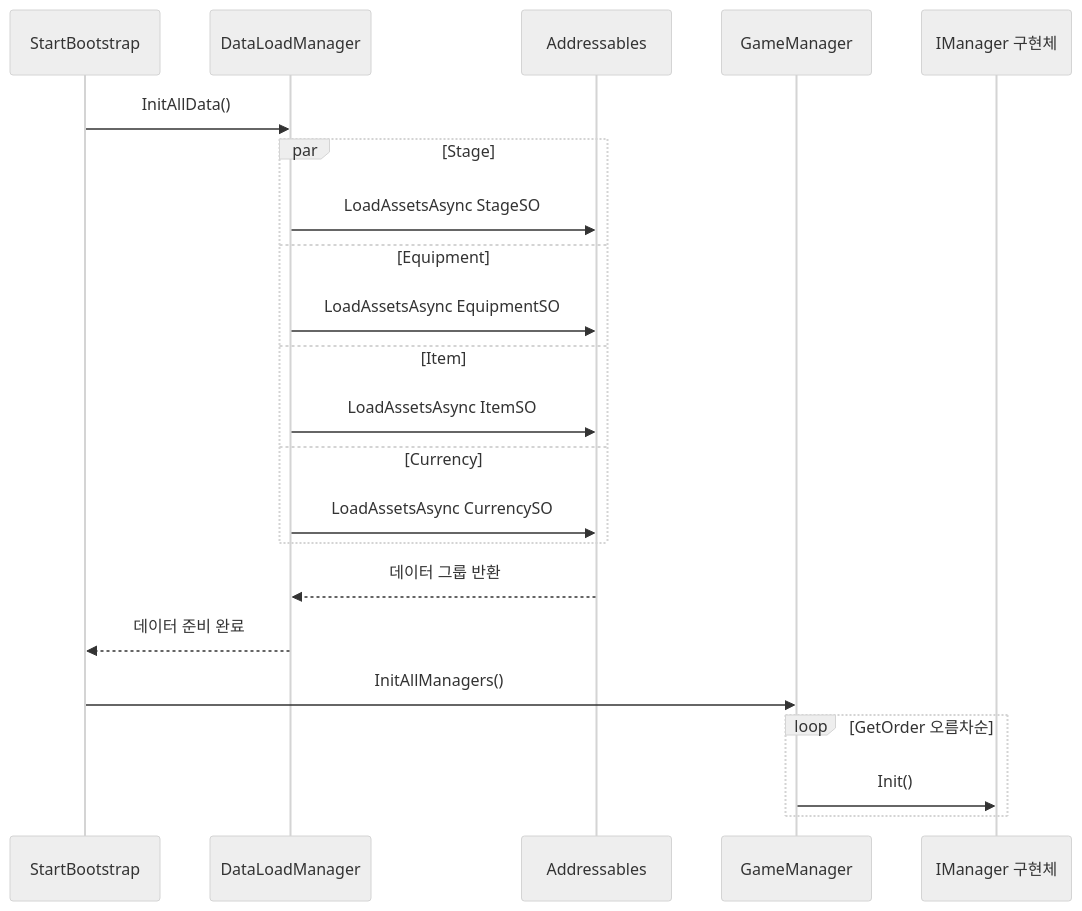
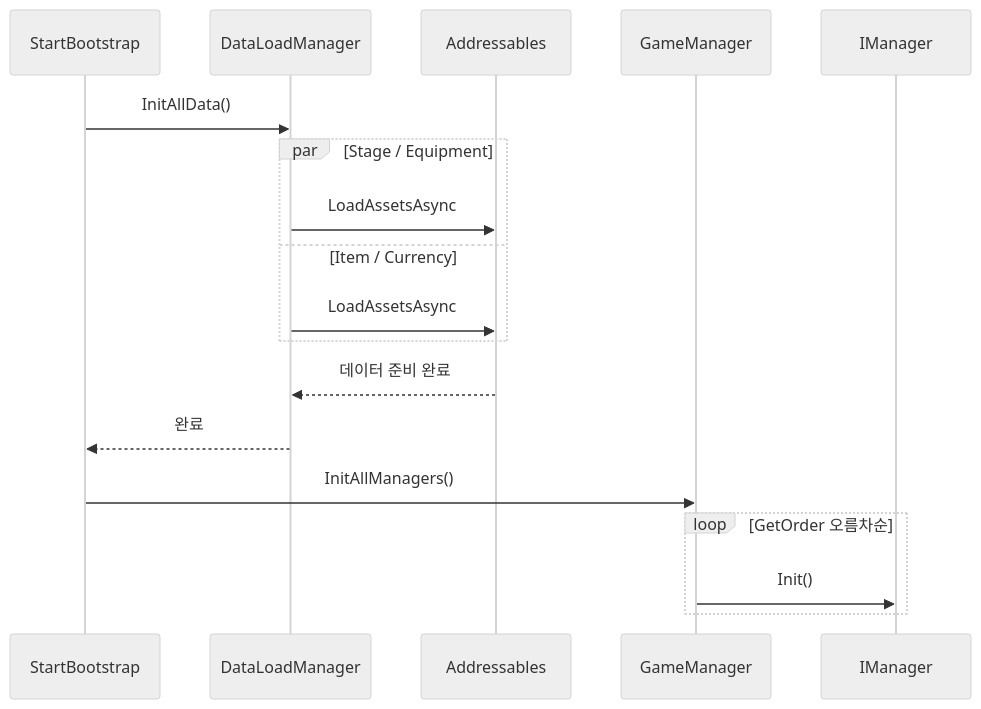
Before and after one commit to ks0521/ks0521.github.io: the third of 10 diagrams in README.md, drawn with Mermaid (neutral theme). The commit also changed other lines of this file, not shown here.

````diff
--- a/README.md
+++ b/README.md
@@ -154,25 +277,21 @@
 ```mermaid
 sequenceDiagram
     participant B as StartBootstrap
     participant D as DataLoadManager
     participant A as Addressables
     participant G as GameManager
-    participant M as IManager 구현체
+    participant M as IManager
 
     B->>D: InitAllData()
-    par Stage
-        D->>A: LoadAssetsAsync StageSO
-    and Equipment
-        D->>A: LoadAssetsAsync EquipmentSO
-    and Item
-        D->>A: LoadAssetsAsync ItemSO
-    and Currency
-        D->>A: LoadAssetsAsync CurrencySO
+    par Stage / Equipment
+        D->>A: LoadAssetsAsync
+    and Item / Currency
+        D->>A: LoadAssetsAsync
     end
-    A-->>D: 데이터 그룹 반환
-    D-->>B: 데이터 준비 완료
+    A-->>D: 데이터 준비 완료
+    D-->>B: 완료
     B->>G: InitAllManagers()
     loop GetOrder 오름차순
         G->>M: Init()
     end
 ```
````
